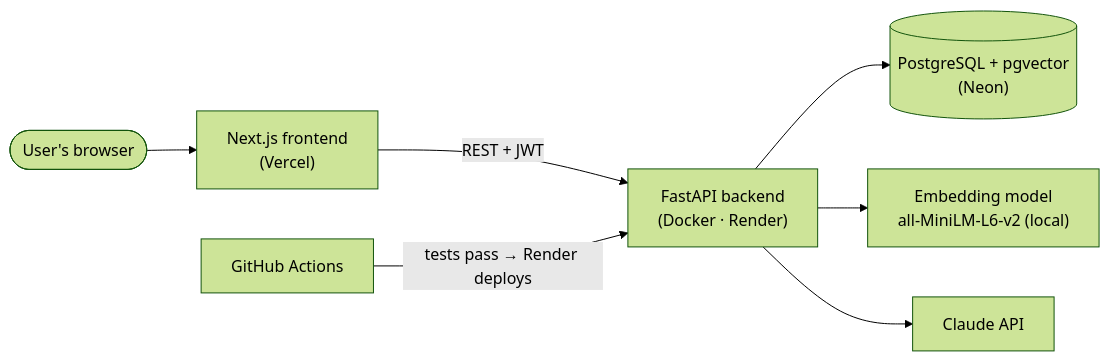
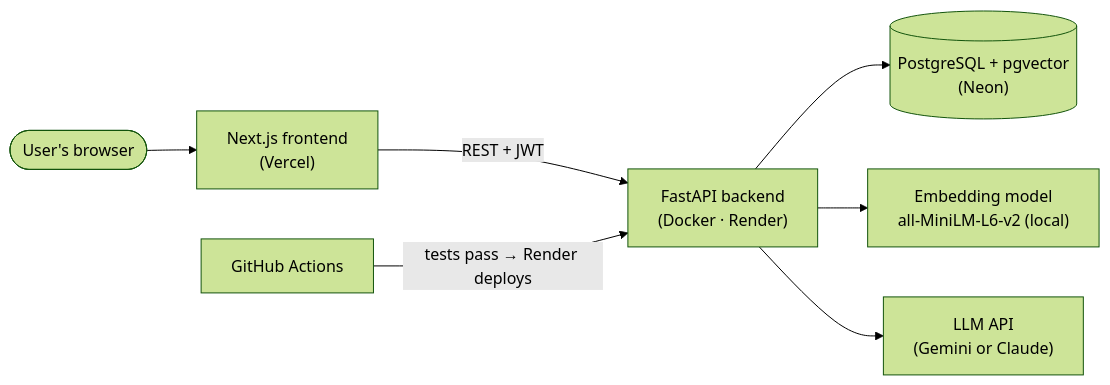
Before and after one commit to RakeshreddyParimireddy/AI-Document-Intelligence-PDF-Assistant: the first of 2 diagrams in README.md, drawn with Mermaid (forest theme). The commit also changed other lines of this file and 15 other files, not shown here.

First line of the commit message:
Add Gemini (free tier) as LLM provider, keep Claude as an option

````diff
--- a/README.md
+++ b/README.md
@@ -47,9 +47,9 @@
 ```mermaid
 flowchart LR
     U([User's browser]) --> FE["Next.js frontend<br/>(Vercel)"]
     FE -- "REST + JWT" --> API["FastAPI backend<br/>(Docker · Render)"]
     API --> DB[("PostgreSQL + pgvector<br/>(Neon)")]
     API --> EMB["Embedding model<br/>all-MiniLM-L6-v2 (local)"]
-    API --> LLM["Claude API"]
+    API --> LLM["LLM API<br/>(Gemini or Claude)"]
     GH["GitHub Actions"] -- "tests pass → Render deploys" --> API
 ```
````
